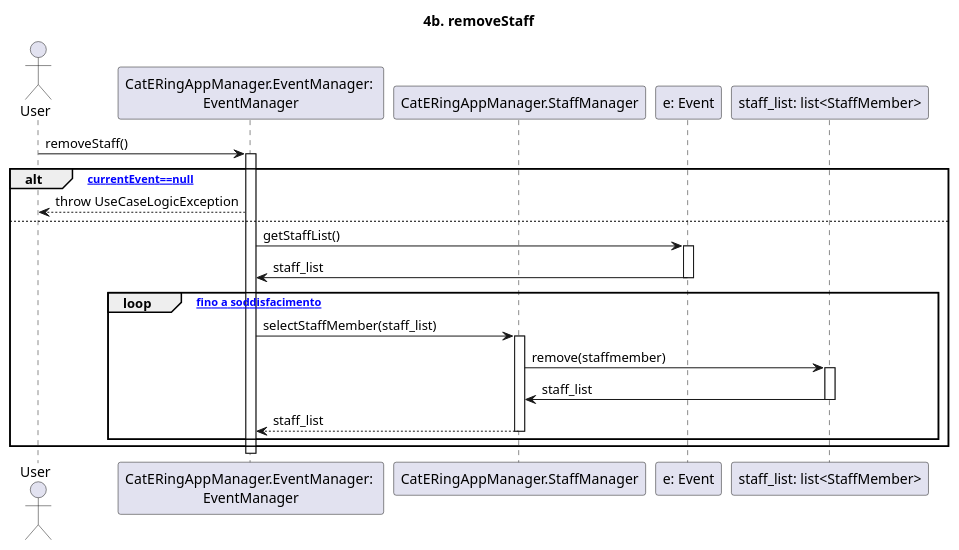
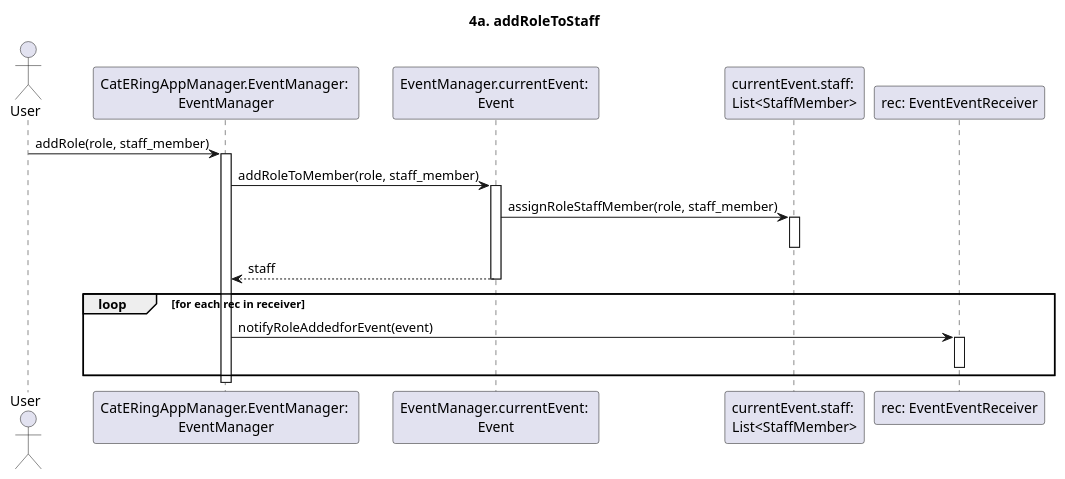
The diagram in dsd/dsd-eventi/estensioniEcc/4a-addRoleToStaff.md (m0canu1/sas), drawn with PlantUML before and after one commit. The commit also changed 1 other file, not shown here.

Commit message:
fine estensioni evento

````diff
--- a/dsd/dsd-eventi/estensioniEcc/4a-addRoleToStaff.md
+++ b/dsd/dsd-eventi/estensioniEcc/4a-addRoleToStaff.md
@@ -1,35 +1,26 @@
 ```plantuml
 
-title: 4b. removeStaff
+title: 4a. addRoleToStaff
 
 Actor User
 Participant "CatERingAppManager.EventManager: \nEventManager" as EM
-Participant "CatERingAppManager.StaffManager" as SM
-Participant "e: Event" as E
-
-User -> EM: removeStaff()
+Participant "EventManager.currentEvent: \nEvent" as E
+Participant "currentEvent.staff: \nList<StaffMember>" as SM
+Participant "rec: EventEventReceiver" as EER
+User -> EM: addRole(role, staff_member)
 Activate EM
-
-alt [currentEvent==null]
-    EM --> User: throw UseCaseLogicException
-else
-    EM -> E: getStaffList()
+    EM -> E: addRoleToMember(role, staff_member)
     Activate E
-    E -> EM: staff_list
+       E -> SM: assignRoleStaffMember(role, staff_member)
+       Activate SM
+       Deactivate SM
+       E --> EM: staff
     Deactivate E
-    
-    loop ["fino a soddisfacimento"]
-        EM -> SM: selectStaffMember(staff_list)
-        Activate SM
-        
-            SM -> "staff_list: list<StaffMember>": remove(staffmember)
-            Activate "staff_list: list<StaffMember>"
-            "staff_list: list<StaffMember>" -> SM: staff_list
-            Deactivate "staff_list: list<StaffMember>"
-        SM --> EM: staff_list
-        Deactivate SM
-    end    
-end
+    loop for each rec in receiver
+       EM -> EER: notifyRoleAddedforEvent(event)
+       Activate EER
+       Deactivate EER
+    end
 Deactivate EM
 
 ```
````
